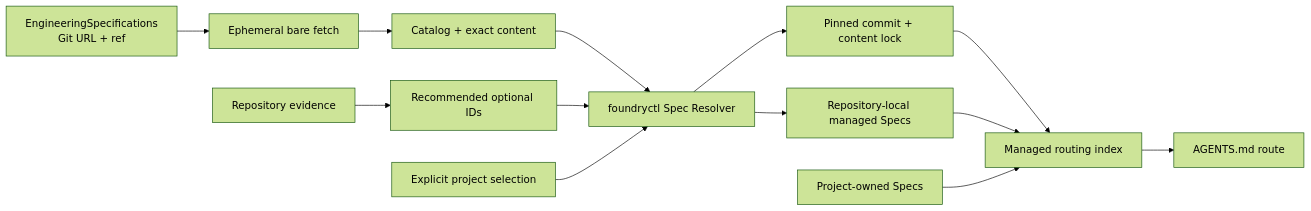
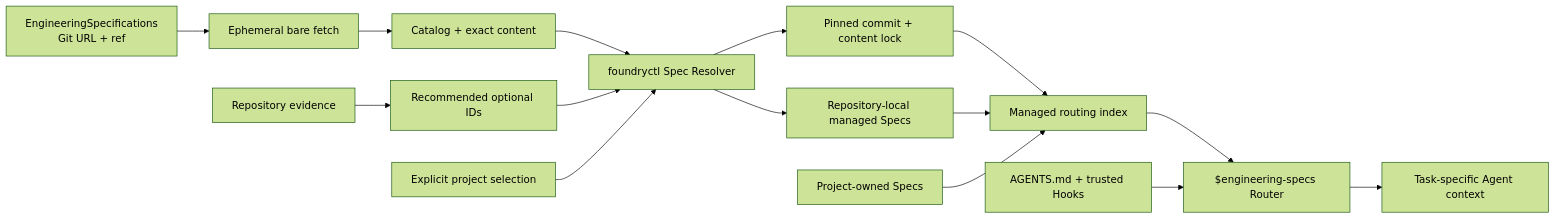
The first of 2 diagrams in docs/design-docs/engineering-spec-management.md (XiaoWeiKIN/RepoFoundryAI), drawn with Mermaid (forest theme) before and after one commit. The commit also changed other lines of this file and 25 other files, not shown here.

````diff
--- a/docs/design-docs/engineering-spec-management.md
+++ b/docs/design-docs/engineering-spec-management.md
@@ -35,15 +42,17 @@
 ```mermaid
 flowchart LR
     G["EngineeringSpecifications<br/>Git URL + ref"] --> F["Ephemeral bare fetch"]
     F --> C["Catalog + exact content"]
     C --> R["foundryctl Spec Resolver"]
     D["Repository evidence"] --> Q["Recommended optional IDs"]
     Q --> R
     P["Explicit project selection"] --> R
     R --> L["Pinned commit + content lock"]
     R --> M["Repository-local managed Specs"]
     L --> I["Managed routing index"]
     M --> I
     X["Project-owned Specs"] --> I
-    I --> A["AGENTS.md route"]
+    I --> A["$engineering-specs Router"]
+    H["AGENTS.md + trusted Hooks"] --> A
+    A --> T["Task-specific Agent context"]
 ```
````
